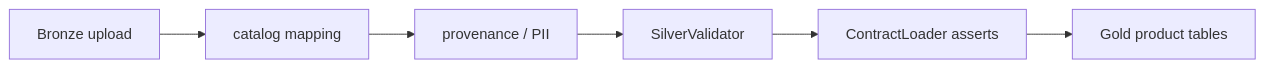
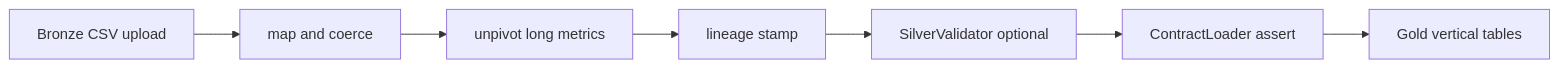
One commit to Ambient-Team/ambient-core changed the diagram in docs/pipeline.md. Above: the diagram before and after it, drawn with Mermaid. The commit also changed other lines of this file and 196 other files, not shown here.

````diff
--- a/docs/pipeline.md
+++ b/docs/pipeline.md
@@ -33,14 +35,16 @@
 ```mermaid
 flowchart LR
-  Upload[Bronze upload]
-  Map[catalog mapping]
-  Stamp[provenance / PII]
-  Validate[SilverValidator]
-  Contract[ContractLoader asserts]
-  Gold[Gold product tables]
+  Upload[Bronze CSV upload]
+  Map[map and coerce]
+  Unpivot[unpivot long metrics]
+  Stamp[lineage stamp]
+  Validate[SilverValidator optional]
+  Contract[ContractLoader assert]
+  Gold[Gold vertical tables]
   Upload --> Map
-  Map --> Stamp
+  Map --> Unpivot
+  Unpivot --> Stamp
   Stamp --> Validate
   Validate --> Contract
   Contract --> Gold
 ```
````
